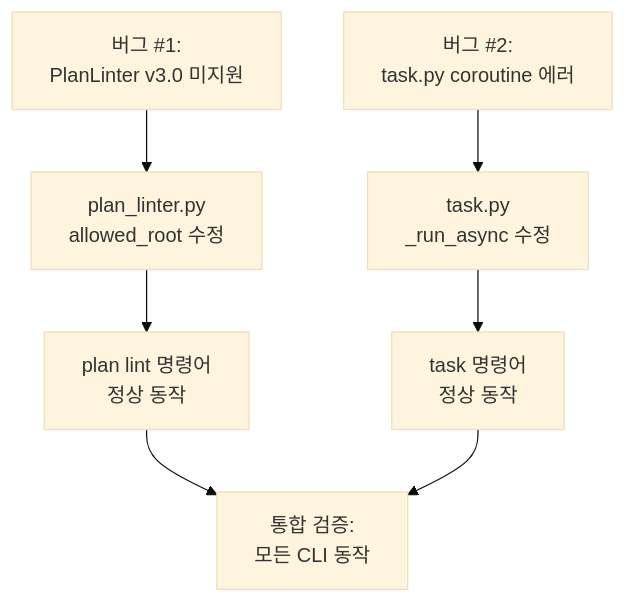
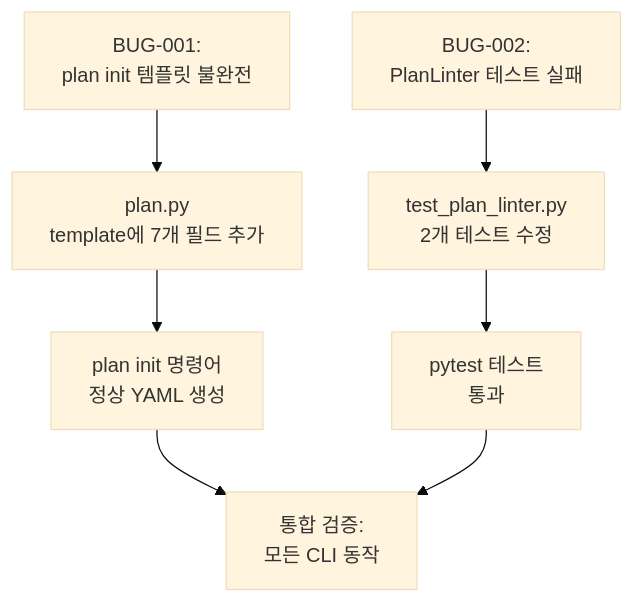
Before and after one commit to code-yeongyu/sisyphus-private: the diagram in ai-todolist.md, drawn with Mermaid (base theme). The commit also changed other lines of this file and 1 other file, not shown here.

Commit message:
yaml qa 2

````diff
--- a/ai-todolist.md
+++ b/ai-todolist.md
@@ -134,11 +162,11 @@
 ```mermaid
 graph TB
-    BUG1[버그 #1:<br/>PlanLinter v3.0 미지원] --> FIX1[plan_linter.py<br/>allowed_root 수정]
-    FIX1 --> TEST1[plan lint 명령어<br/>정상 동작]
+    BUG1[BUG-001:<br/>plan init 템플릿 불완전] --> FIX1[plan.py<br/>template에 7개 필드 추가]
+    FIX1 --> TEST1[plan init 명령어<br/>정상 YAML 생성]
 
-    BUG2[버그 #2:<br/>task.py coroutine 에러] --> FIX2[task.py<br/>_run_async 수정]
-    FIX2 --> TEST2[task 명령어<br/>정상 동작]
+    BUG2[BUG-002:<br/>PlanLinter 테스트 실패] --> FIX2[test_plan_linter.py<br/>2개 테스트 수정]
+    FIX2 --> TEST2[pytest 테스트<br/>통과]
 
     TEST1 --> VERIFY[통합 검증:<br/>모든 CLI 동작]
     TEST2 --> VERIFY
 ```
````
